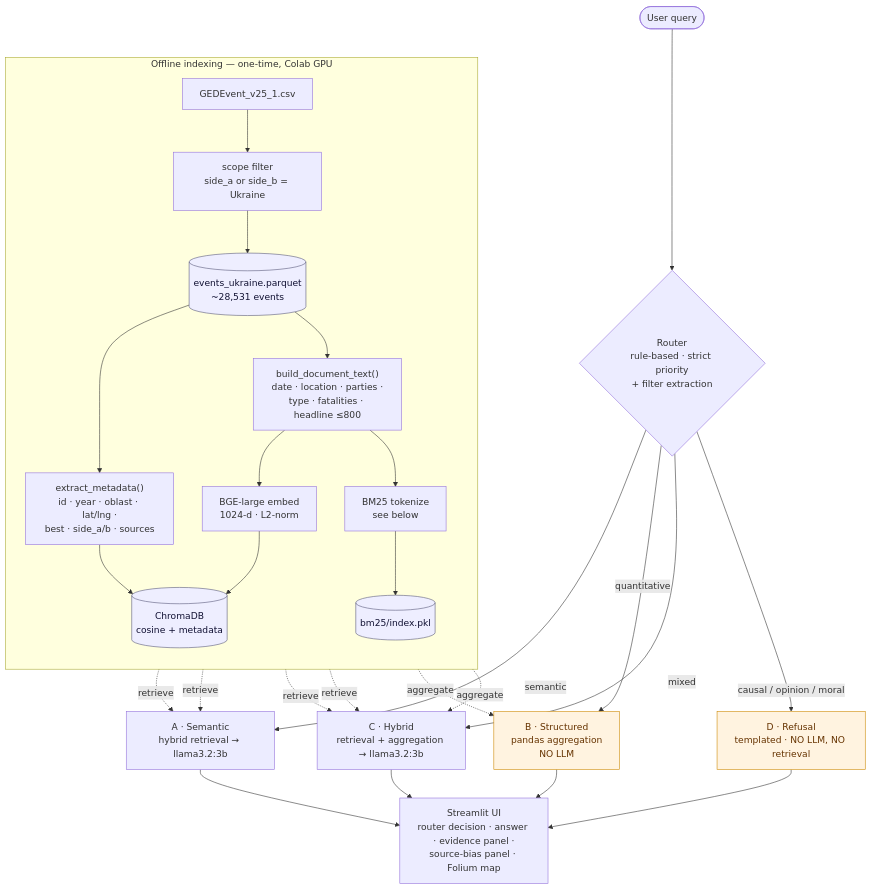
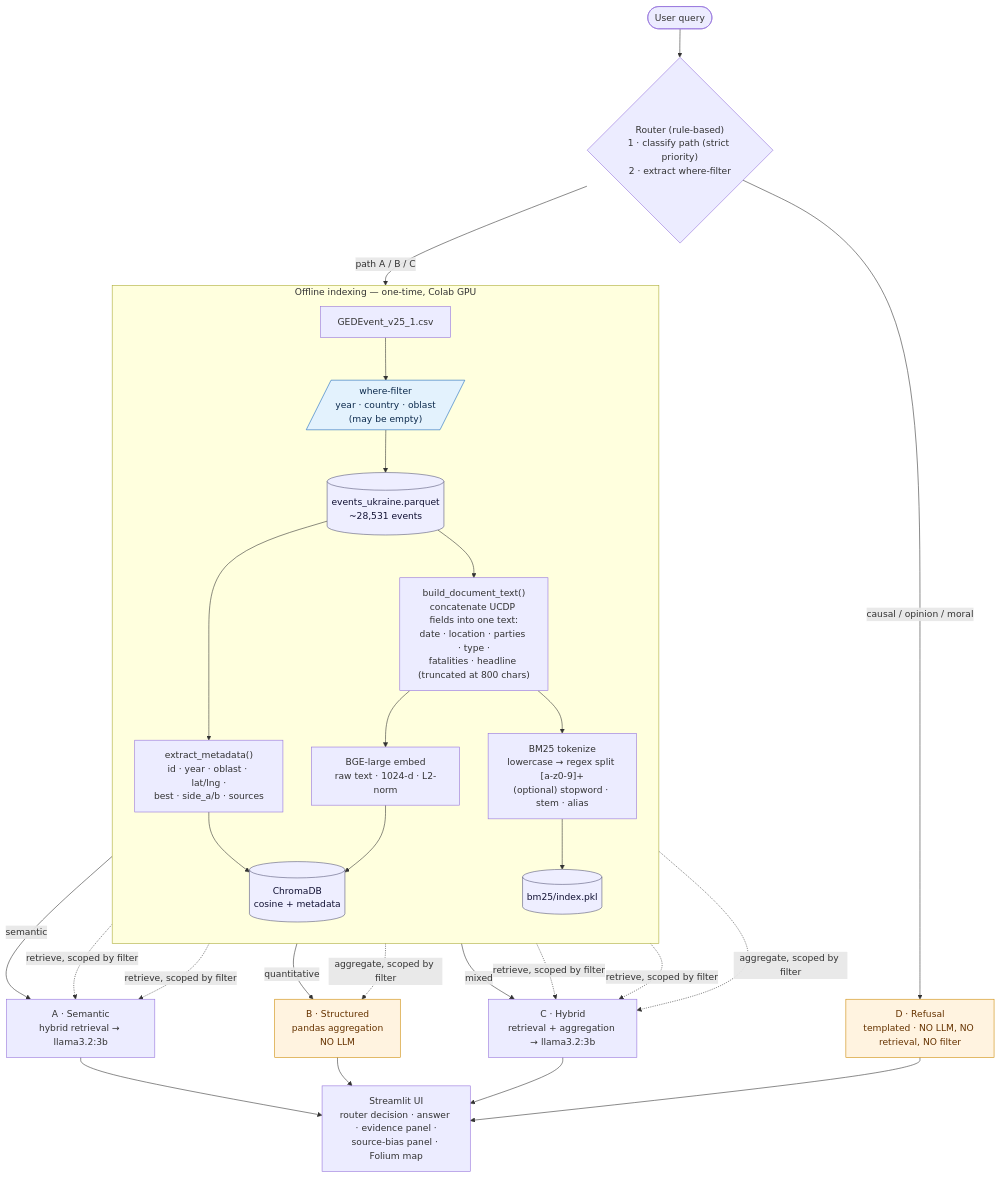
Before and after one commit to floew2/rag-ucdp: the first of 3 diagrams in README.md, drawn with Mermaid. The commit also changed other lines of this file, not shown here.

First line of the commit message:
docs(readme): rework as repo front door with Mermaid architecture

````diff
--- a/README.md
+++ b/README.md
@@ -47,38 +41,41 @@
-```mermaid
+``` mermaid
 flowchart TD
     subgraph OFFLINE["Offline indexing — one-time, Colab GPU"]
         direction TB
-        CSV["GEDEvent_v25_1.csv"] --> FILTER["scope filter<br/>side_a or side_b = Ukraine"]
+        CSV["GEDEvent_v25_1.csv"] --> FILTER["scope filter<br/>side_a or side_b = Ukraine<br/>AND date_start in 2022-01-01 … 2024-12-31"]
         FILTER --> PARQUET[("events_ukraine.parquet<br/>~28,531 events")]
-        PARQUET --> DOC["build_document_text()<br/>date · location · parties ·<br/>type · fatalities · headline ≤800"]
+        PARQUET --> DOC["build_document_text()<br/>concatenate UCDP fields into one text:<br/>date · location · parties · type ·<br/>fatalities · headline (truncated at 800 chars)"]
         PARQUET --> META["extract_metadata()<br/>id · year · oblast · lat/lng ·<br/>best · side_a/b · sources"]
-        DOC --> EMB["BGE-large embed<br/>1024-d · L2-norm"]
-        DOC --> TOK["BM25 tokenize<br/>see below"]
+        DOC --> EMB["BGE-large embed<br/>raw text · 1024-d · L2-norm"]
+        DOC --> TOK["BM25 tokenize<br/>lowercase → regex split [a-z0-9]+<br/>(optional) stopword · stem · alias"]
         EMB --> CHROMA[("ChromaDB<br/>cosine + metadata")]
         META --> CHROMA
         TOK --> BM25IDX[("bm25/index.pkl")]
     end
 
-    Q(["User query"]) --> ROUTER{"Router<br/>rule-based · strict priority<br/>+ filter extraction"}
-    ROUTER -->|semantic| A["A · Semantic<br/>hybrid retrieval → llama3.2:3b"]
-    ROUTER -->|quantitative| B["B · Structured<br/>pandas aggregation<br/>NO LLM"]
-    ROUTER -->|mixed| C["C · Hybrid<br/>retrieval + aggregation → llama3.2:3b"]
-    ROUTER -->|causal / opinion / moral| D["D · Refusal<br/>templated · NO LLM, NO retrieval"]
+    Q(["User query"]) --> ROUTER{"Router (rule-based)<br/>1 · classify path (strict priority)<br/>2 · extract where-filter"}
+    ROUTER -->|"causal / opinion / moral"| D["D · Refusal<br/>templated · NO LLM, NO retrieval, NO filter"]
+    ROUTER -->|"path A / B / C"| FILTER[/"where-filter<br/>year · country · oblast<br/>(may be empty)"/]
+    FILTER -->|semantic| A["A · Semantic<br/>hybrid retrieval → llama3.2:3b"]
+    FILTER -->|quantitative| B["B · Structured<br/>pandas aggregation<br/>NO LLM"]
+    FILTER -->|mixed| C["C · Hybrid<br/>retrieval + aggregation → llama3.2:3b"]
 
-    CHROMA -.->|retrieve| A
-    BM25IDX -.->|retrieve| A
-    CHROMA -.->|retrieve| C
-    BM25IDX -.->|retrieve| C
-    PARQUET -.->|aggregate| B
-    PARQUET -.->|aggregate| C
+    CHROMA -.->|retrieve, scoped by filter| A
+    BM25IDX -.->|retrieve, scoped by filter| A
+    CHROMA -.->|retrieve, scoped by filter| C
+    BM25IDX -.->|retrieve, scoped by filter| C
+    PARQUET -.->|aggregate, scoped by filter| B
+    PARQUET -.->|aggregate, scoped by filter| C
 
     A --> UI["Streamlit UI<br/>router decision · answer · evidence panel ·<br/>source-bias panel · Folium map"]
     B --> UI
     C --> UI
     D --> UI
 
     classDef store fill:#eef,stroke:#557,color:#113;
     classDef nollm fill:#fff3e0,stroke:#c80,color:#630;
+    classDef filt fill:#e3f2fd,stroke:#1565c0,color:#0d2b4d;
     class PARQUET,CHROMA,BM25IDX store;
     class B,D nollm;
+    class FILTER filt;
 ```
````
